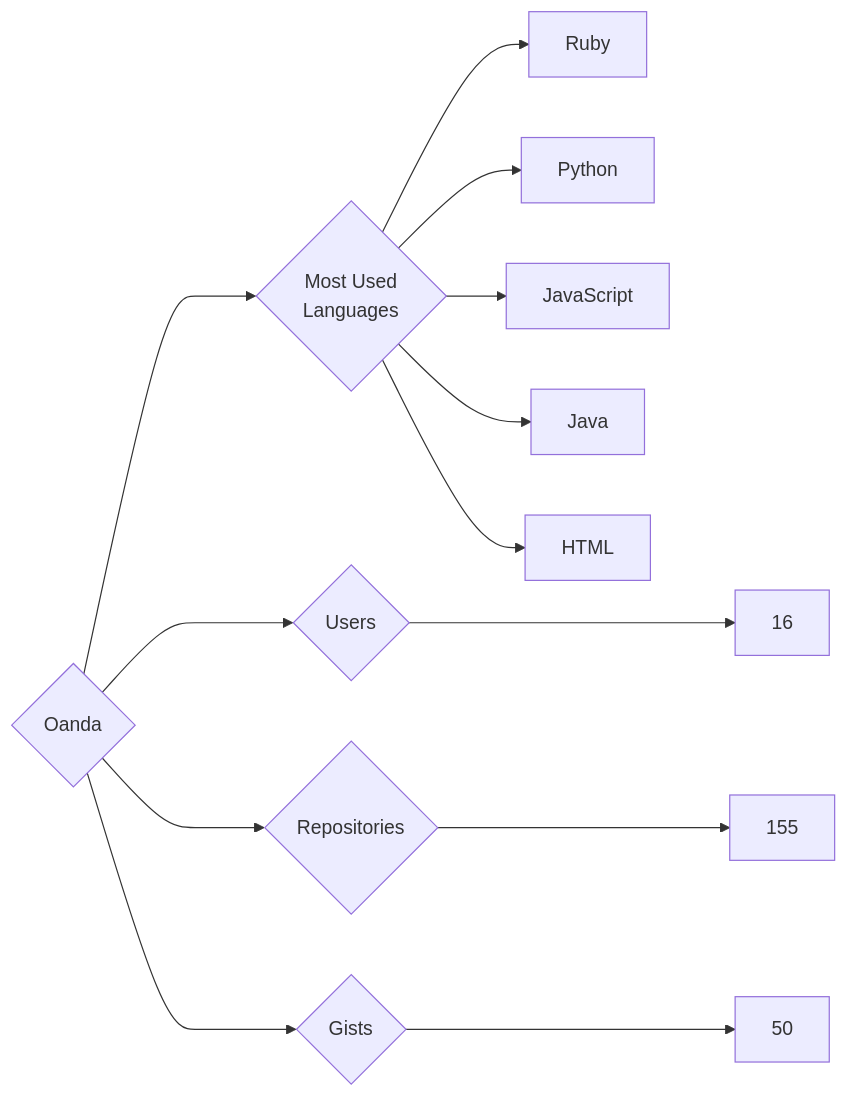
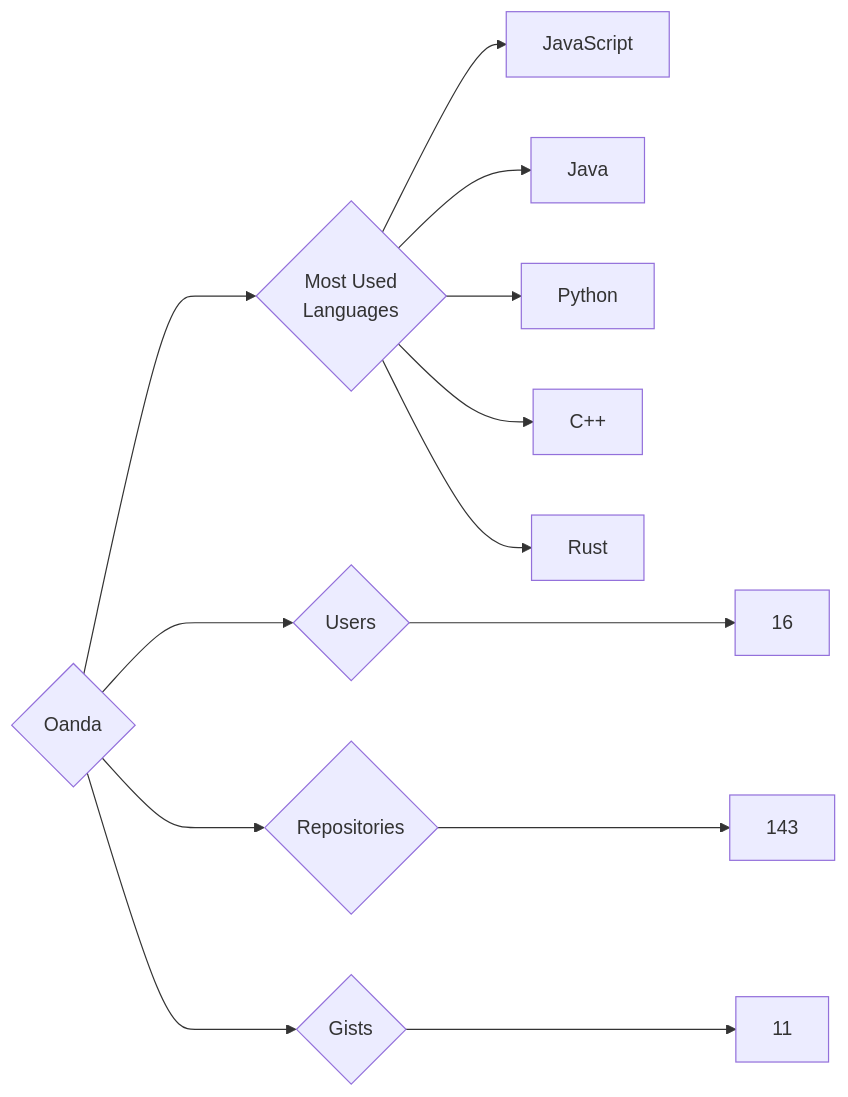
The diagram in targets/Oanda/README.md (trickest/insiders), drawn with Mermaid before and after one commit. The commit also changed 903 other files, not shown here.

````diff
--- a/targets/Oanda/README.md
+++ b/targets/Oanda/README.md
@@ -3,13 +3,13 @@
 ```mermaid
 graph LR
 COMPANY_NAME{Oanda}
 COMPANY_NAME ---> U{Users} ---> UN[16]
-COMPANY_NAME ---> R{Repositories} ---> RN[155]
-COMPANY_NAME ---> G{Gists} ---> GN[50]
+COMPANY_NAME ---> R{Repositories} ---> RN[143]
+COMPANY_NAME ---> G{Gists} ---> GN[11]
 COMPANY_NAME ---> ML{Most Used<br>Languages}
-ML --> Ruby[Ruby]
-ML --> Python[Python]
 ML --> JavaScript[JavaScript]
 ML --> Java[Java]
-ML --> HTML[HTML]
+ML --> Python[Python]
+ML --> C++[C++]
+ML --> Rust[Rust]
 ```
````
